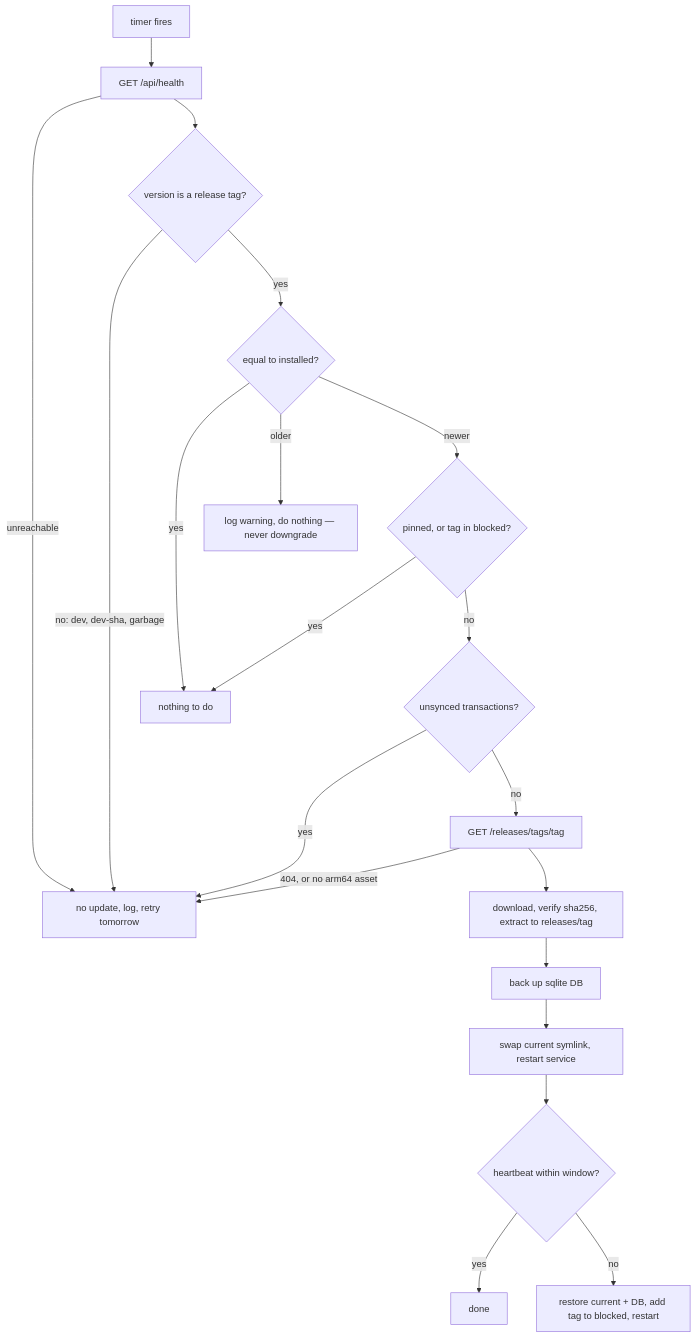
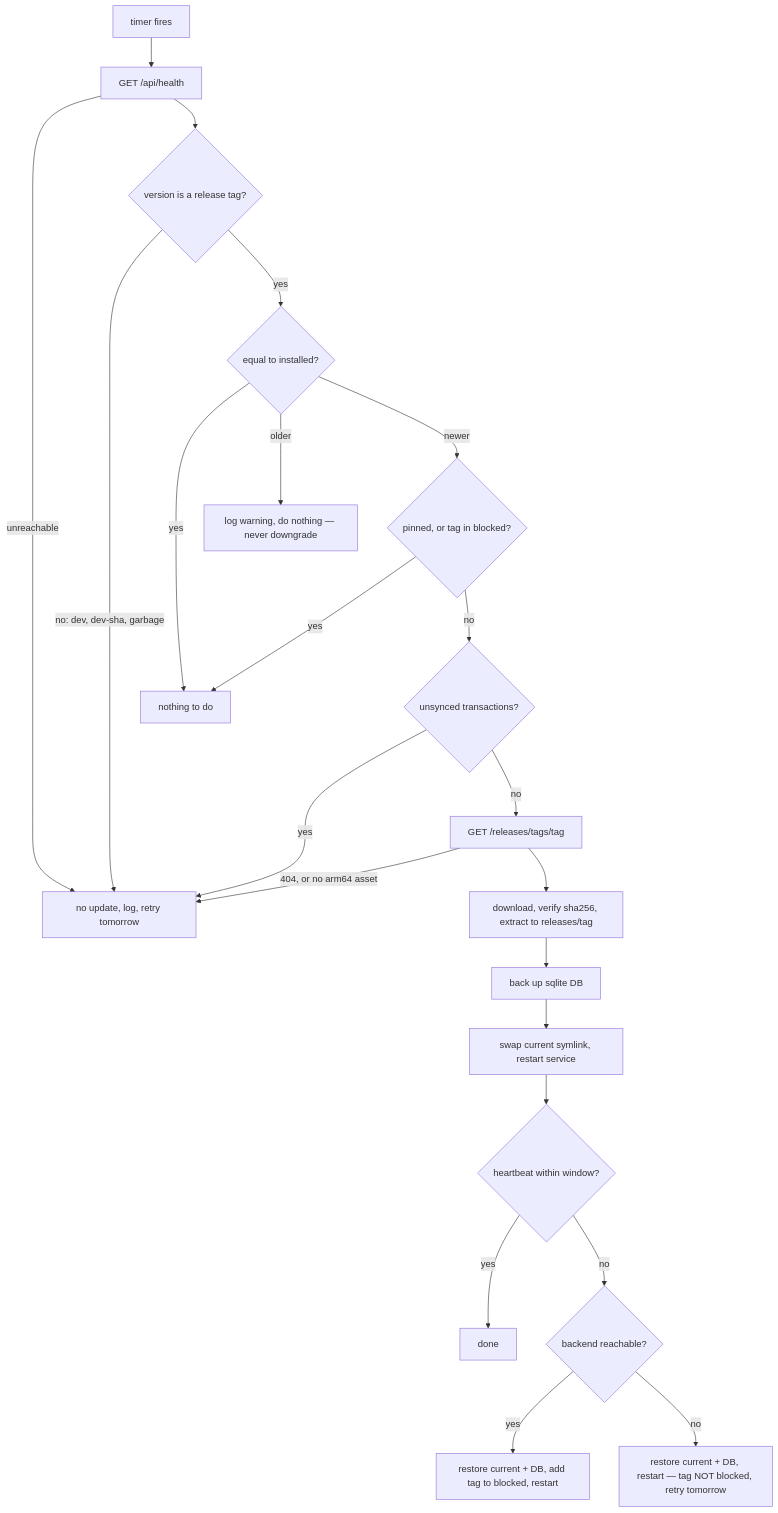
Before and after one commit to dgloeckner/clubbar: the diagram in adr/0054-terminal-runs-its-backends-version.md, drawn with Mermaid. The commit also changed other lines of this file and 6 other files, not shown here.

````diff
--- a/adr/0054-terminal-runs-its-backends-version.md
+++ b/adr/0054-terminal-runs-its-backends-version.md
@@ -78,22 +78,24 @@
 ```mermaid
 flowchart TD
     A[timer fires] --> B[GET /api/health]
     B -->|unreachable| Z[no update, log, retry tomorrow]
     B --> C{version is a release tag?}
     C -->|no: dev, dev-sha, garbage| Z
     C -->|yes| D{equal to installed?}
     D -->|yes| Y[nothing to do]
     D -->|older| W[log warning, do nothing — never downgrade]
     D -->|newer| E{pinned, or tag in blocked?}
     E -->|yes| Y
     E -->|no| F{unsynced transactions?}
     F -->|yes| Z
     F -->|no| G[GET /releases/tags/tag]
     G -->|404, or no arm64 asset| Z
     G --> H[download, verify sha256, extract to releases/tag]
     H --> I[back up sqlite DB]
     I --> J[swap current symlink, restart service]
     J --> K{heartbeat within window?}
     K -->|yes| L[done]
-    K -->|no| M[restore current + DB, add tag to blocked, restart]
+    K -->|no| N{backend reachable?}
+    N -->|yes| M[restore current + DB, add tag to blocked, restart]
+    N -->|no| O[restore current + DB, restart — tag NOT blocked, retry tomorrow]
 ```
````
